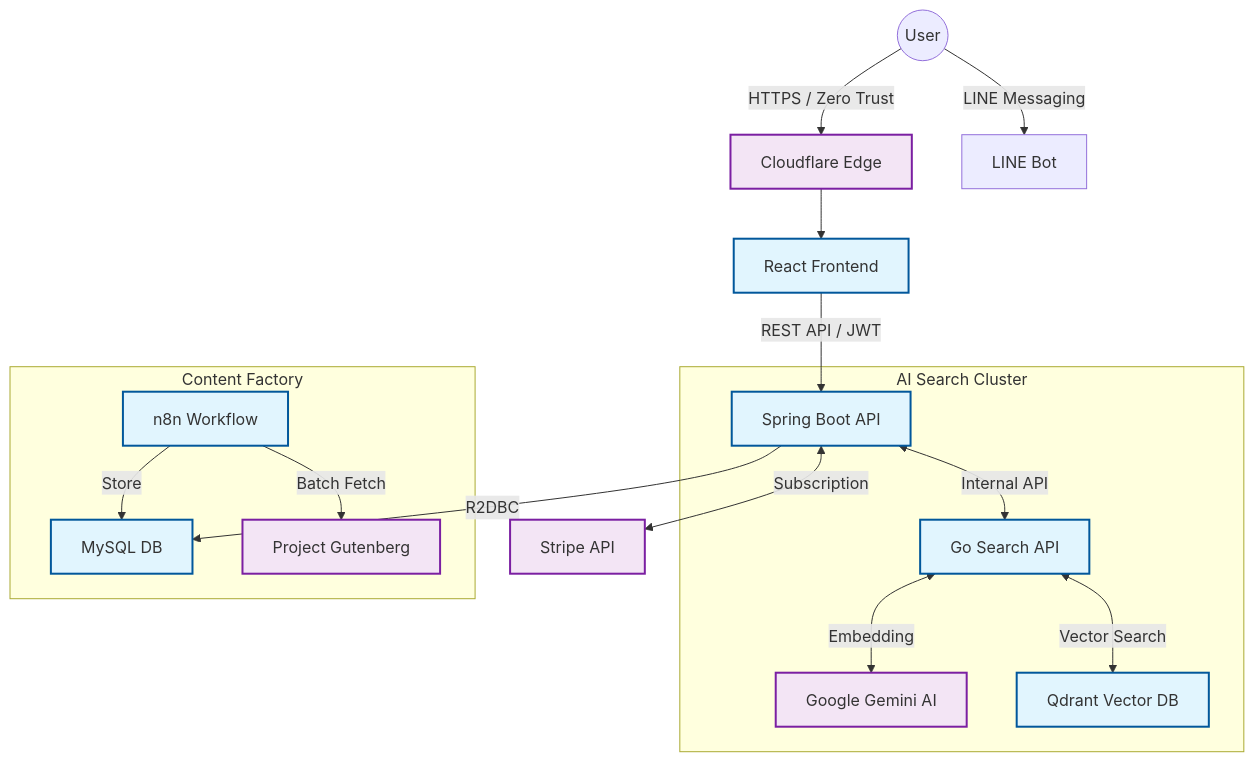
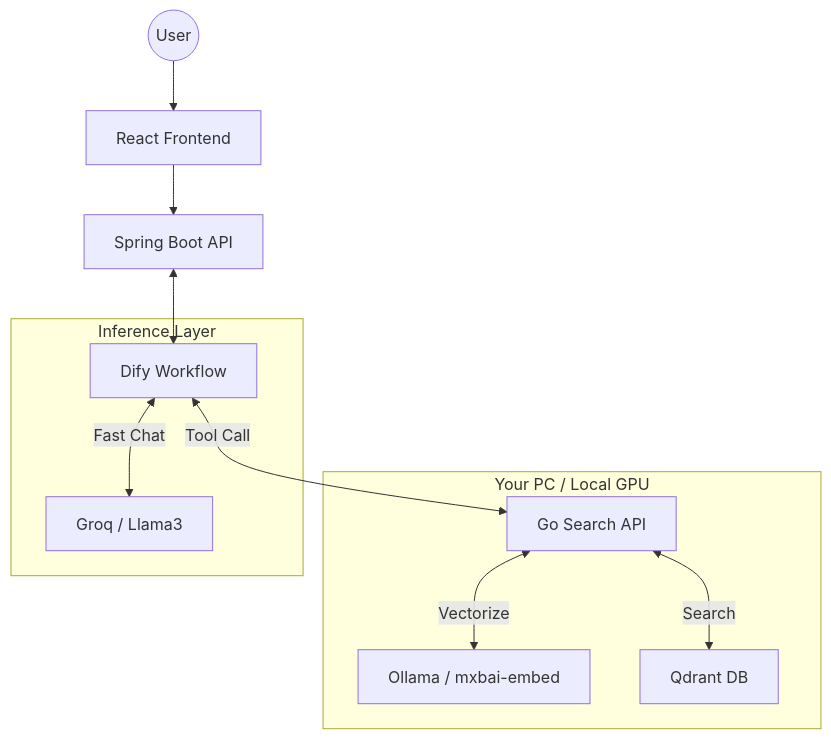
The diagram in README.md (xtq453xs-star/smartbrief), drawn with Mermaid before and after one commit. The commit also changed other lines of this file, not shown here.

Commit message:
feat: complete local hybrid RAG system (Ollama + Qdrant + Groq)

````diff
--- a/README.md
+++ b/README.md
@@ -83,27 +84,17 @@
 ```mermaid
 graph TD
-    User((User)) -->|HTTPS / Zero Trust| CF[Cloudflare Edge]
-    CF --> FE[React Frontend]
-    User -->|LINE Messaging| LINE[LINE Bot]
+    User((User)) --> FE[React Frontend]
+    FE --> BE[Spring Boot API]
     
-    FE -->|REST API / JWT| BE[Spring Boot API]
-    
-    subgraph AI_Search_Cluster [AI Search Cluster]
-        BE <-->|Internal API| GO[Go Search API]
-        GO <-->|Embedding| Gemini[Google Gemini AI]
-        GO <-->|Vector Search| Qdrant[Qdrant Vector DB]
-    end
-    
-    BE -->|R2DBC| MySQL[MySQL DB]
-    BE <-->|Subscription| Stripe[Stripe API]
-    
-    subgraph Content_Factory [Content Factory]
-        n8n[n8n Workflow] -->|Batch Fetch| Gutenberg[Project Gutenberg]
-        n8n -->|Store| MySQL
+    subgraph Local_Infra [Your PC / Local GPU]
+        GO[Go Search API] <-->|Vectorize| Ollama[Ollama / mxbai-embed]
+        GO <-->|Search| Qdrant[Qdrant DB]
     end
 
-    classDef container fill:#e1f5fe,stroke:#01579b,stroke-width:2px
-    classDef search fill:#f3e5f5,stroke:#7b1fa2,stroke-width:2px
-    class FE,BE,GO,MySQL,Qdrant,n8n container
-    class Gemini,Stripe,Gutenberg,CF search
+    subgraph Cloud_AI [Inference Layer]
+        Dify[Dify Workflow] <-->|Tool Call| GO
+        Dify <-->|Fast Chat| Groq[Groq / Llama3]
+    end
+
+    BE <--> Dify
 ```
````
